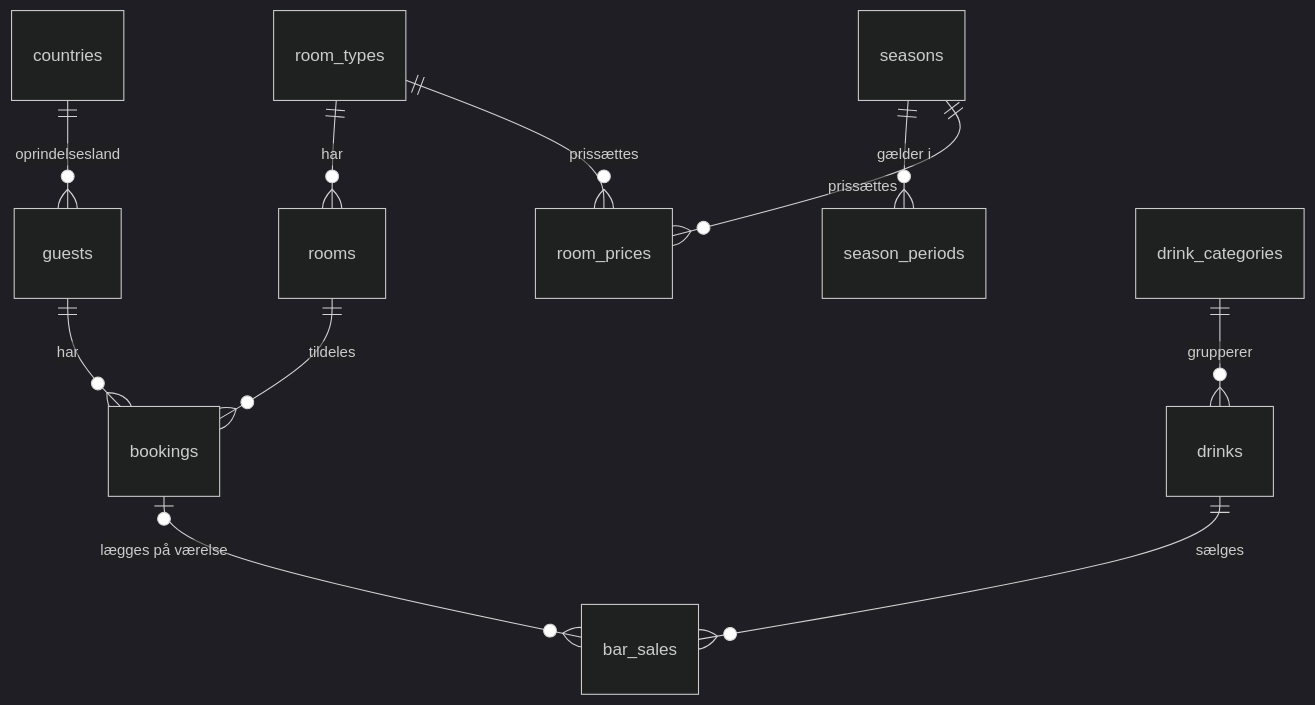
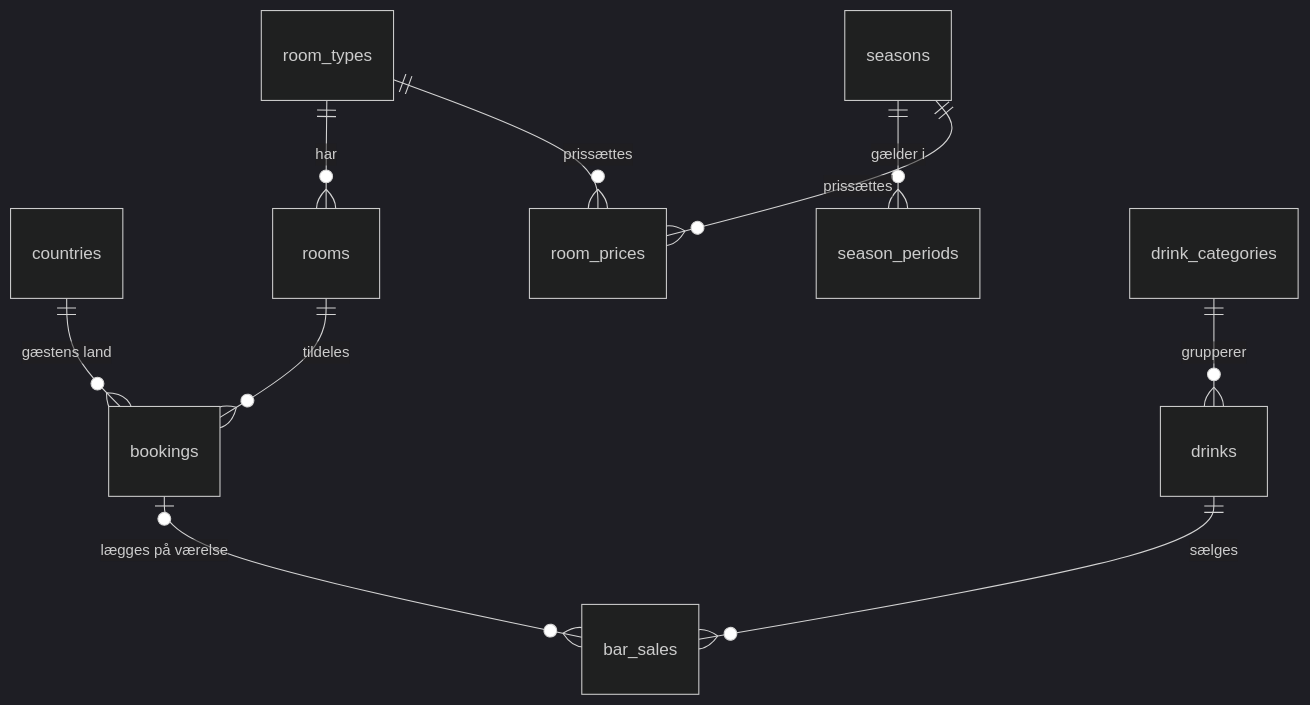
Before and after one commit to nola0002/kongarthurhotel: the diagram in specs/001-backoffice-bookinger/data-model.md, drawn with Mermaid (dark theme). The commit also changed other lines of this file and 12 other files, not shown here.

````diff
--- a/specs/001-backoffice-bookinger/data-model.md
+++ b/specs/001-backoffice-bookinger/data-model.md
@@ -11,13 +11,12 @@
 ```mermaid
 erDiagram
-  countries ||--o{ guests : "oprindelsesland"
-  guests ||--o{ bookings : "har"
+  countries ||--o{ bookings : "gæstens land"
   room_types ||--o{ rooms : "har"
   room_types ||--o{ room_prices : "prissættes"
   seasons ||--o{ season_periods : "gælder i"
   seasons ||--o{ room_prices : "prissættes"
   rooms ||--o{ bookings : "tildeles"
   drink_categories ||--o{ drinks : "grupperer"
   drinks ||--o{ bar_sales : "sælges"
   bookings |o--o{ bar_sales : "lægges på værelse"
 ```
````
